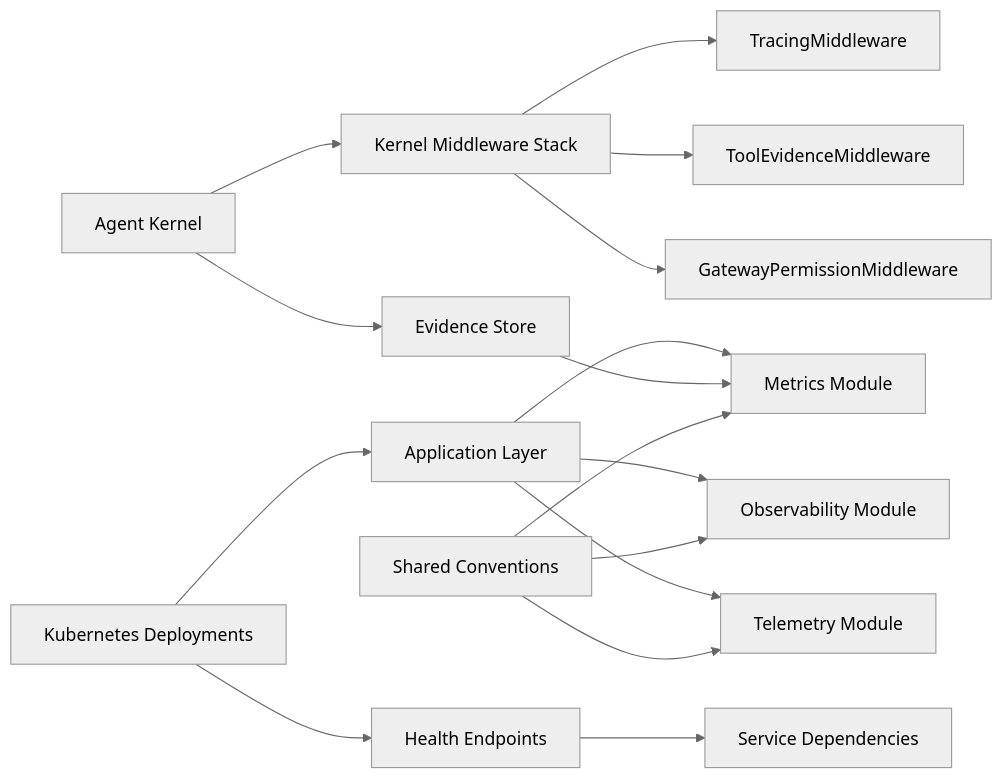
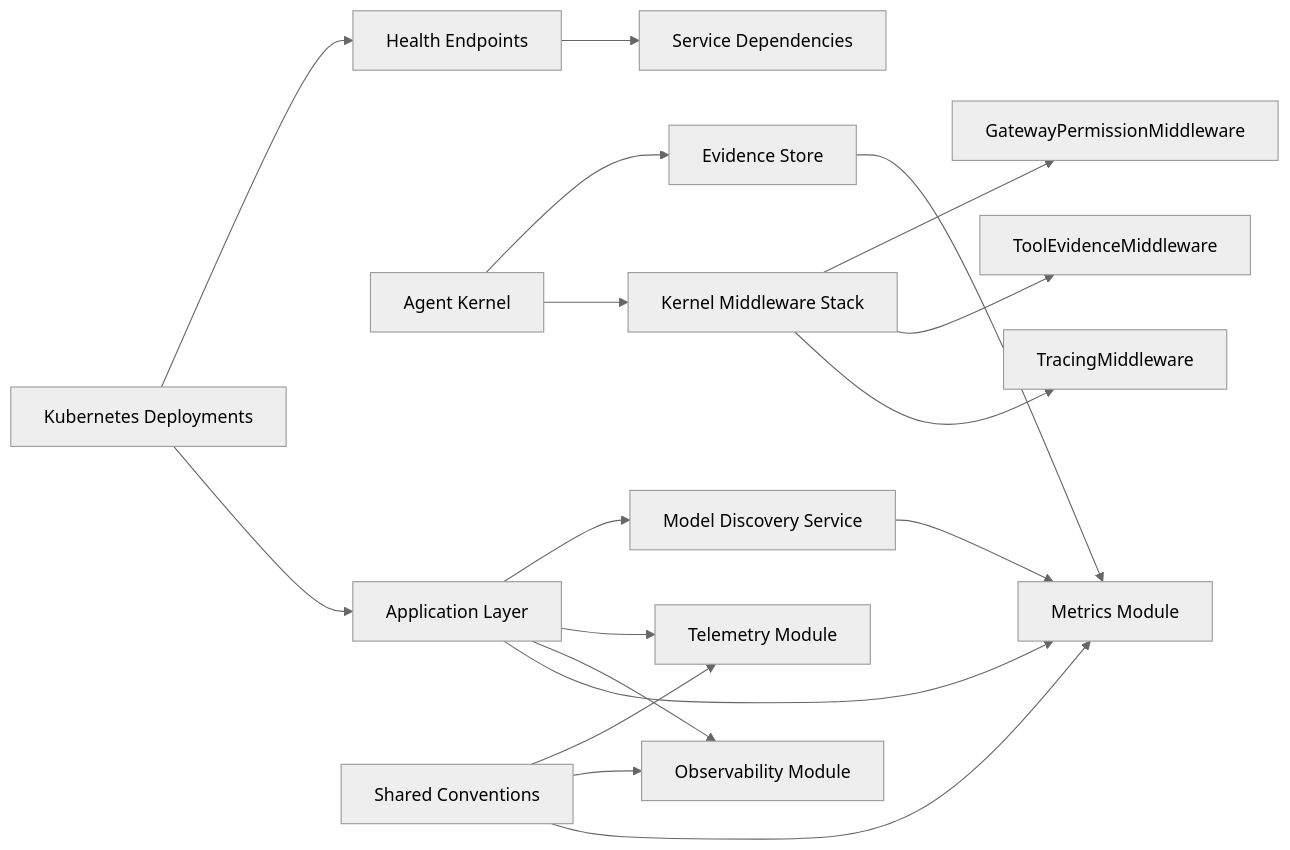
Before and after one commit to metasync/luban-aiops: the third of 3 diagrams in .qoder/repowiki/en/content/Agent Platform Service/Observability and Monitoring.md, drawn with Mermaid (neutral theme). The commit also changed other lines of this file and 7 other files, not shown here.

````diff
--- a/.qoder/repowiki/en/content/Agent Platform Service/Observability and Monitoring.md
+++ b/.qoder/repowiki/en/content/Agent Platform Service/Observability and Monitoring.md
@@ -389,18 +443,20 @@
 ```mermaid
 graph LR
 App["Application Layer"] --> Metrics["Metrics Module"]
 App --> Observability["Observability Module"]
 App --> Telemetry["Telemetry Module"]
+App --> Discovery["Model Discovery Service"]
 Kernel["Agent Kernel"] --> Middleware["Kernel Middleware Stack"]
 Kernel --> EvidenceStore["Evidence Store"]
+Discovery --> Metrics
 EvidenceStore --> Metrics
 Middleware --> TracingMW["TracingMiddleware"]
 Middleware --> EvidenceMW["ToolEvidenceMiddleware"]
 Middleware --> PermissionMW["GatewayPermissionMiddleware"]
 Health["Health Endpoints"] --> Dependencies["Service Dependencies"]
 K8s["Kubernetes Deployments"] --> App
 K8s --> Health
 Conventions["Shared Conventions"] --> Metrics
 Conventions --> Observability
 Conventions --> Telemetry
 ```
````
